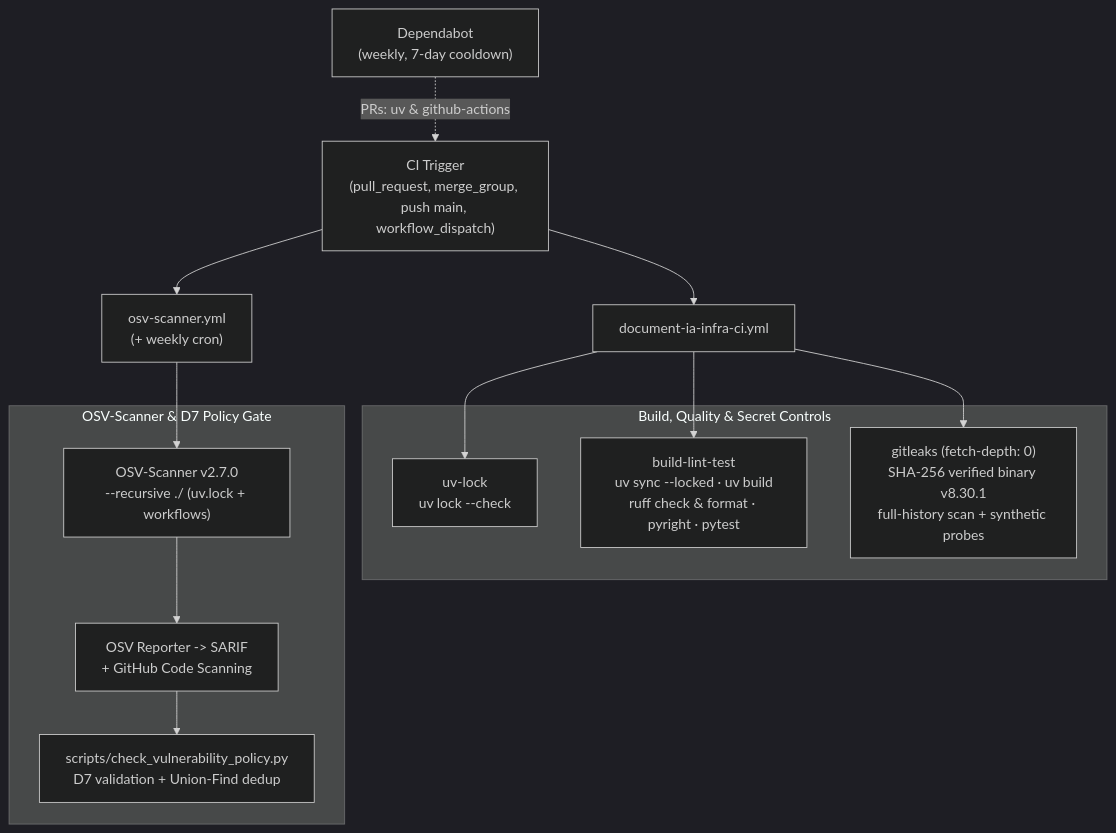
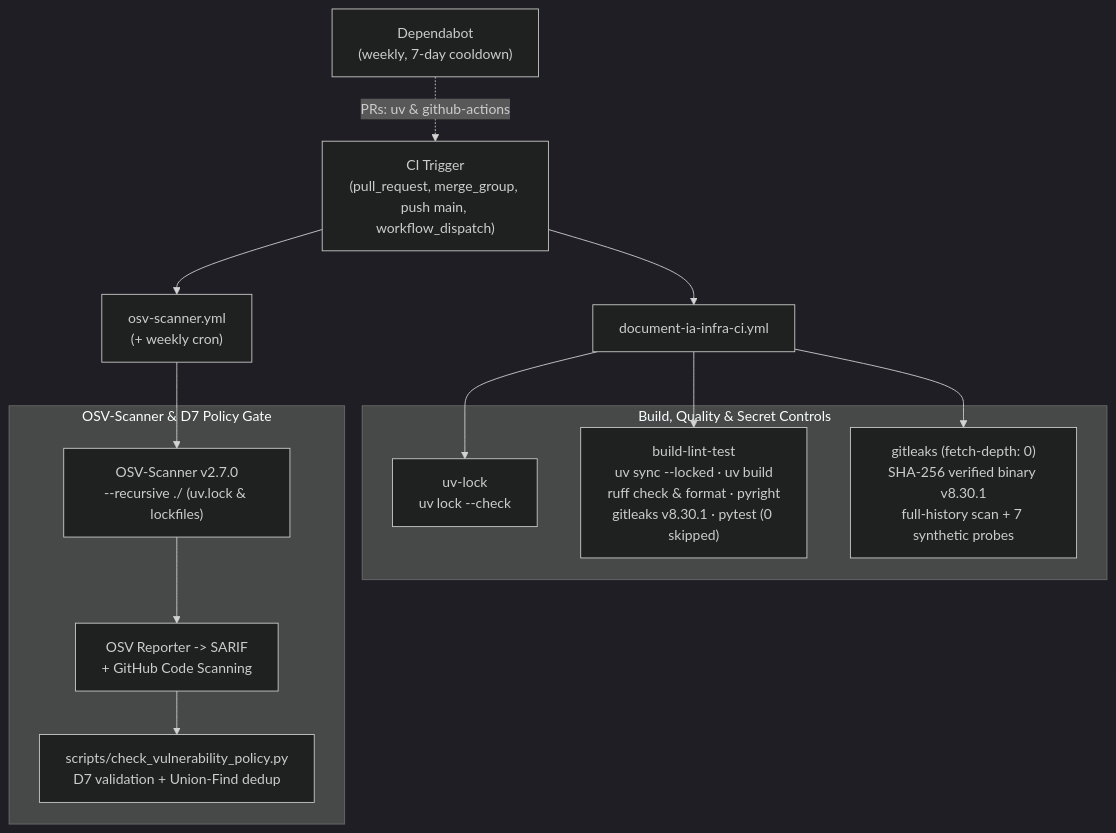
The first of 2 diagrams in docs/VULNERABILITY_MANAGEMENT_POLICY.md (etalab-ia/document-ia-infra), drawn with Mermaid (dark theme) before and after one commit. The commit also changed other lines of this file and 13 other files, not shown here.

Commit message:
ci(security): harden workflows, align OSV action SHA, use gitleaks-system, and expand tests

````diff
--- a/docs/VULNERABILITY_MANAGEMENT_POLICY.md
+++ b/docs/VULNERABILITY_MANAGEMENT_POLICY.md
@@ -34,24 +34,24 @@
 ```mermaid
 flowchart TD
     TRIG["CI Trigger<br/>(pull_request, merge_group, push main, workflow_dispatch)"] --> CI["document-ia-infra-ci.yml"]
     TRIG --> OSV["osv-scanner.yml<br/>(+ weekly cron)"]
     DEP["Dependabot<br/>(weekly, 7-day cooldown)"] -.->|"PRs: uv & github-actions"| TRIG
 
     subgraph CI_JOBS ["Build, Quality & Secret Controls"]
         LOCK["uv-lock<br/>uv lock --check"]
-        BLT["build-lint-test<br/>uv sync --locked · uv build<br/>ruff check & format · pyright · pytest"]
-        GL["gitleaks (fetch-depth: 0)<br/>SHA-256 verified binary v8.30.1<br/>full-history scan + synthetic probes"]
+        BLT["build-lint-test<br/>uv sync --locked · uv build<br/>ruff check & format · pyright<br/>gitleaks v8.30.1 · pytest (0 skipped)"]
+        GL["gitleaks (fetch-depth: 0)<br/>SHA-256 verified binary v8.30.1<br/>full-history scan + 7 synthetic probes"]
     end
 
     subgraph OSV_JOBS ["OSV-Scanner & D7 Policy Gate"]
-        SCAN["OSV-Scanner v2.7.0<br/>--recursive ./ (uv.lock + workflows)"]
+        SCAN["OSV-Scanner v2.7.0<br/>--recursive ./ (uv.lock & lockfiles)"]
         SARIF["OSV Reporter -> SARIF<br/>+ GitHub Code Scanning"]
         POL["scripts/check_vulnerability_policy.py<br/>D7 validation + Union-Find dedup"]
         SCAN --> SARIF --> POL
     end
 
     CI --> LOCK
     CI --> BLT
     CI --> GL
     OSV --> SCAN
 ```
````
